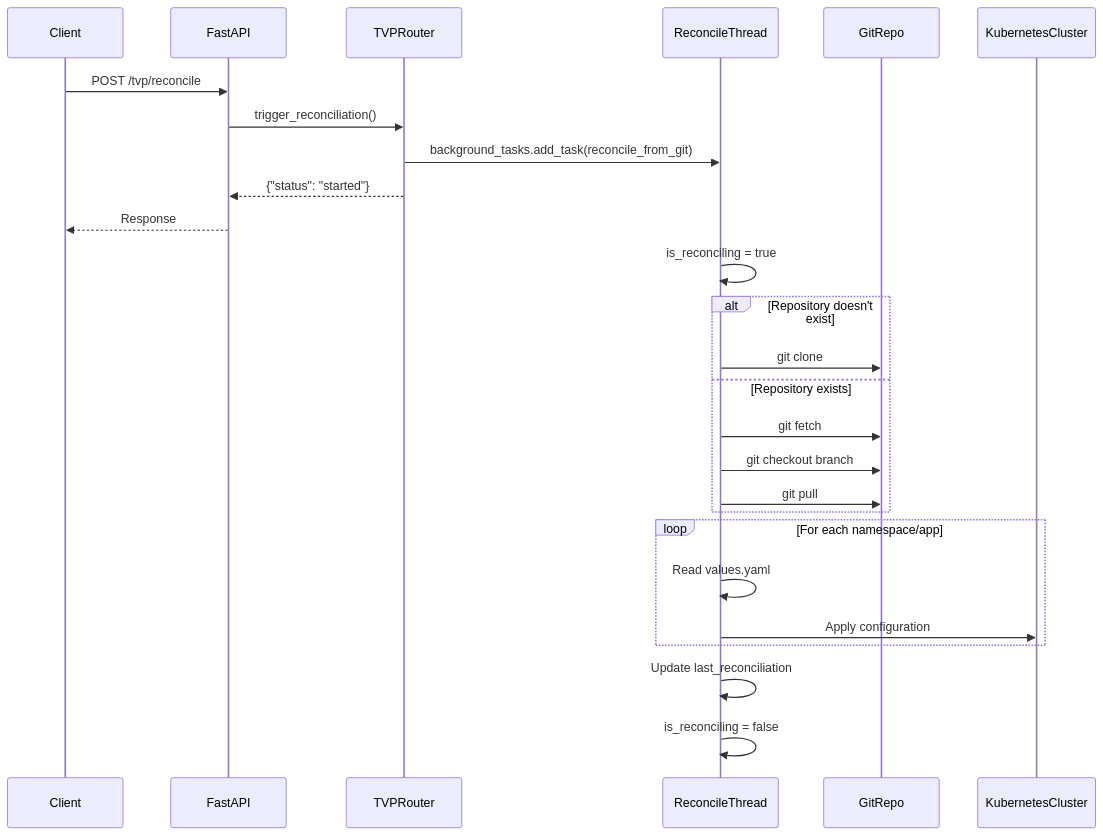
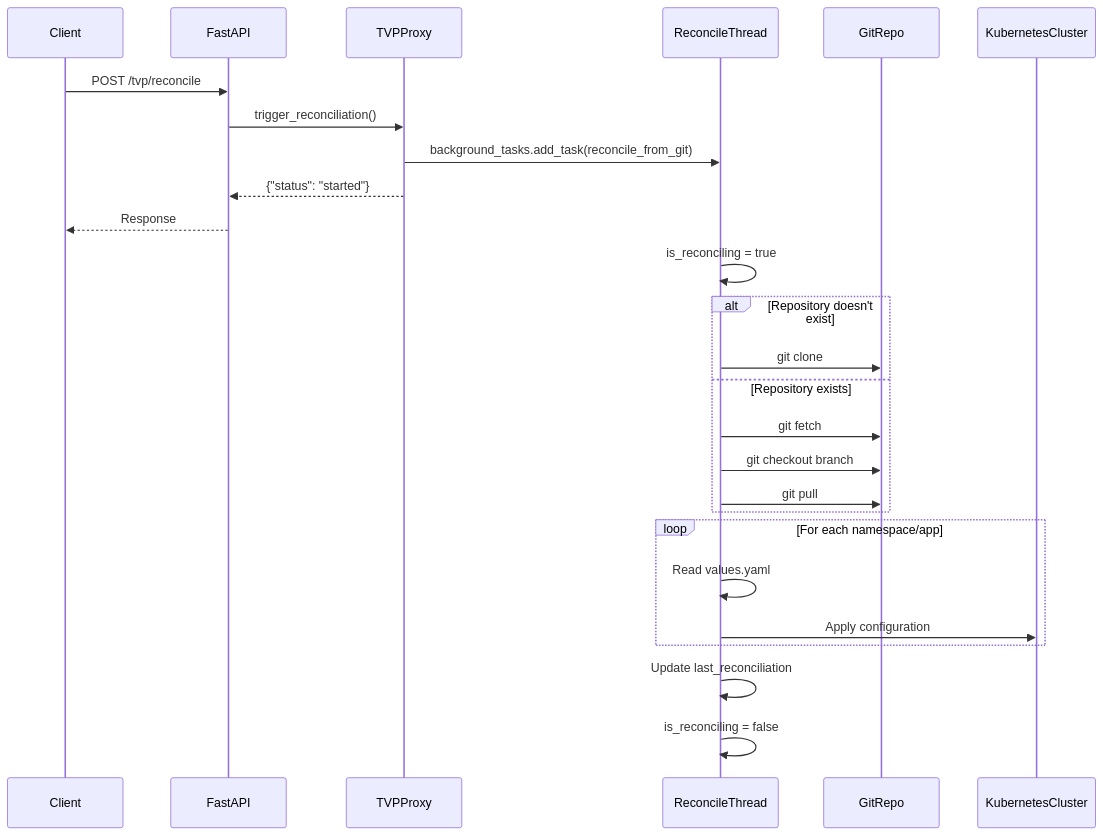
One commit to lloydchang/tvp-k8s changed the diagram in fastapi/mermaid/tvp-reconciliation-sequence.mermaid. Above: the diagram before and after it, drawn with Mermaid. The commit also changed 11 other files, not shown here.

```diff
--- a/fastapi/mermaid/tvp-reconciliation-sequence.mermaid
+++ b/fastapi/mermaid/tvp-reconciliation-sequence.mermaid
@@ -1,31 +1,31 @@
 sequenceDiagram
     participant Client
     participant FastAPI
-    participant TVPRouter
+    participant TVPProxy
     participant ReconcileThread
     participant GitRepo
     participant KubernetesCluster
     
     Client->>FastAPI: POST /tvp/reconcile
-    FastAPI->>TVPRouter: trigger_reconciliation()
-    TVPRouter->>ReconcileThread: background_tasks.add_task(reconcile_from_git)
-    TVPRouter-->>FastAPI: {"status": "started"}
+    FastAPI->>TVPProxy: trigger_reconciliation()
+    TVPProxy->>ReconcileThread: background_tasks.add_task(reconcile_from_git)
+    TVPProxy-->>FastAPI: {"status": "started"}
     FastAPI-->>Client: Response
     
     ReconcileThread->>ReconcileThread: is_reconciling = true
     
     alt Repository doesn't exist
         ReconcileThread->>GitRepo: git clone
     else Repository exists
         ReconcileThread->>GitRepo: git fetch
         ReconcileThread->>GitRepo: git checkout branch
         ReconcileThread->>GitRepo: git pull
     end
     
     loop For each namespace/app
         ReconcileThread->>ReconcileThread: Read values.yaml
         ReconcileThread->>KubernetesCluster: Apply configuration
     end
     
     ReconcileThread->>ReconcileThread: Update last_reconciliation
     ReconcileThread->>ReconcileThread: is_reconciling = false
```
